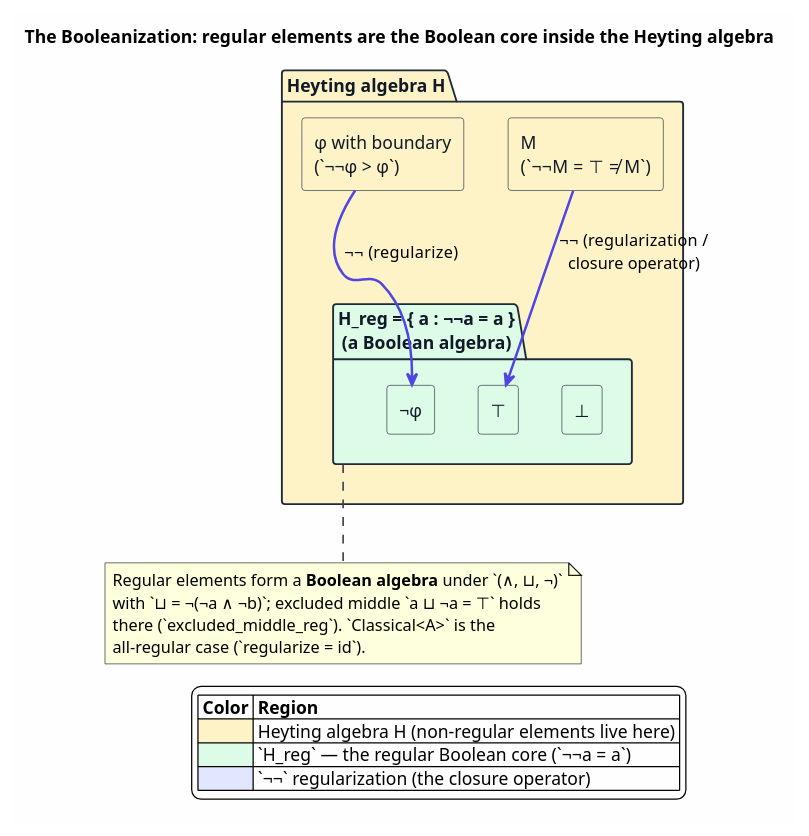
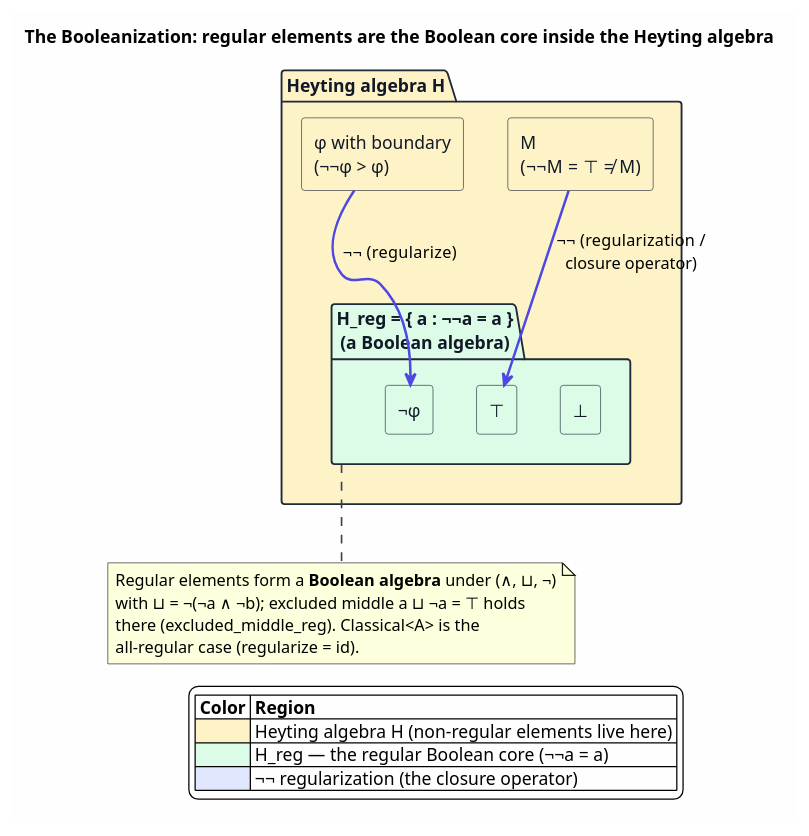
One commit to F1R3FLY-io/mettail-rust changed the diagram in docs/architecture/semantic-predicates/figures/12-booleanization.puml. Above: the diagram before and after it, drawn with PlantUML. The commit also changed 51 other files, not shown here.

```diff
--- a/docs/architecture/semantic-predicates/figures/12-booleanization.puml
+++ b/docs/architecture/semantic-predicates/figures/12-booleanization.puml
@@ -1,50 +1,50 @@
 @startuml
 skinparam backgroundColor #FEFEFE
 skinparam shadowing false
 skinparam ArrowColor #374151
 skinparam ArrowThickness 1.3
 skinparam componentStyle rectangle
 skinparam package {
   BorderColor #1F2937
   FontColor #111827
 }
 skinparam component {
   BorderColor #1F2937
   FontColor #111827
 }
 
 title The Booleanization: regular elements are the Boolean core inside the Heyting algebra
 
 ' ── Outer Heyting algebra (amber) containing the regular Boolean core ────
 package "Heyting algebra H" as H #FEF3C7 {
 
   ' non-regular elements live in H but OUTSIDE H_reg
-  component "M\n(`¬¬M = ⊤ ≠ M`)" as M #FEF3C7
-  component "φ with boundary\n(`¬¬φ > φ`)" as Phi #FEF3C7
+  component "M\n(¬¬M = ⊤ ≠ M)" as M #FEF3C7
+  component "φ with boundary\n(¬¬φ > φ)" as Phi #FEF3C7
 
   ' the Boolean core: the fixed points of ¬¬
   package "H_reg = { a : ¬¬a = a }\n(a Boolean algebra)" as Hreg #DCFCE7 {
     component "⊥" as Bot #DCFCE7
     component "⊤" as Top #DCFCE7
     component "¬φ" as NegPhi #DCFCE7
   }
 }
 
 ' regularization is the ¬¬ closure operator mapping H into its Boolean core
 M   -[#4F46E5,thickness=2]-> Top    : ¬¬  (regularization /\nclosure operator)
 Phi -[#4F46E5,thickness=2]-> NegPhi : ¬¬  (regularize)
 
 note bottom of Hreg
-  Regular elements form a **Boolean algebra** under `(∧, ⊔, ¬)`
-  with `⊔ = ¬(¬a ∧ ¬b)`; excluded middle `a ⊔ ¬a = ⊤` holds
-  there (`excluded_middle_reg`). `Classical<A>` is the
-  all-regular case (`regularize = id`).
+  Regular elements form a **Boolean algebra** under (∧, ⊔, ¬)
+  with ⊔ = ¬(¬a ∧ ¬b); excluded middle a ⊔ ¬a = ⊤ holds
+  there (excluded_middle_reg). Classical<A> is the
+  all-regular case (regularize = id).
 end note
 
 legend right
 |= Color |= Region |
 |<#FEF3C7> | Heyting algebra H (non-regular elements live here) |
-|<#DCFCE7> | `H_reg` — the regular Boolean core (`¬¬a = a`) |
-|<#E0E7FF> | `¬¬` regularization (the closure operator) |
+|<#DCFCE7> | H_reg — the regular Boolean core (¬¬a = a) |
+|<#E0E7FF> | ¬¬ regularization (the closure operator) |
 endlegend
 @enduml
```
